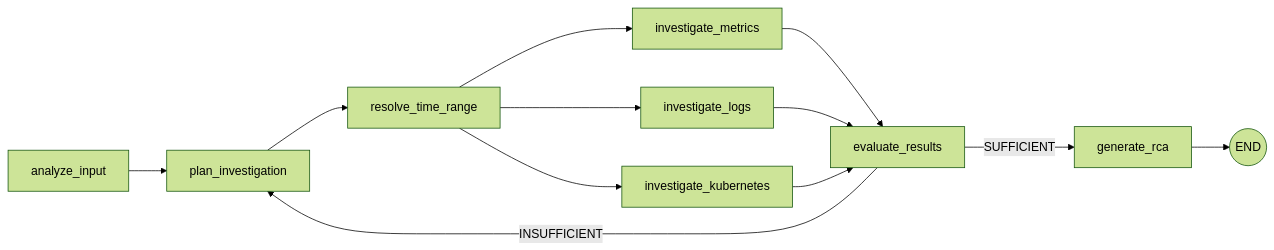
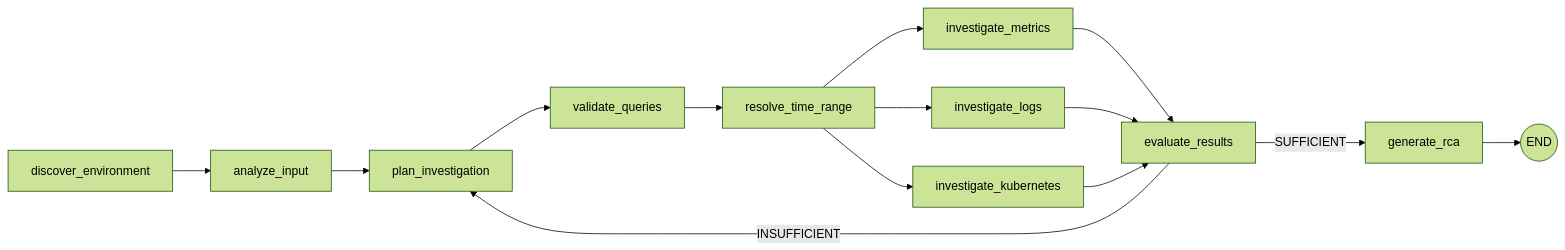
The second of 2 diagrams in docs/architecture.md (dokuma/ai-agent-observability), drawn with Mermaid (forest theme) before and after one commit. The commit also changed other lines of this file and 1 other file, not shown here.

Commit message:
Update architecture and configuration docs for Search-First flow and new components

````diff
--- a/docs/architecture.md
+++ b/docs/architecture.md
@@ -64,14 +90,16 @@
 ```mermaid
 graph LR
-    A[analyze_input] --> B[plan_investigation]
-    B --> C[resolve_time_range]
+    Z[discover_environment] --> A[analyze_input]
+    A --> B[plan_investigation]
+    B --> V[validate_queries]
+    V --> C[resolve_time_range]
     C --> D[investigate_metrics]
     C --> E[investigate_logs]
     C --> K[investigate_kubernetes]
     D --> F[evaluate_results]
     E --> F
     K --> F
     F -->|INSUFFICIENT| B
     F -->|SUFFICIENT| G[generate_rca]
     G --> H((END))
 ```
````
